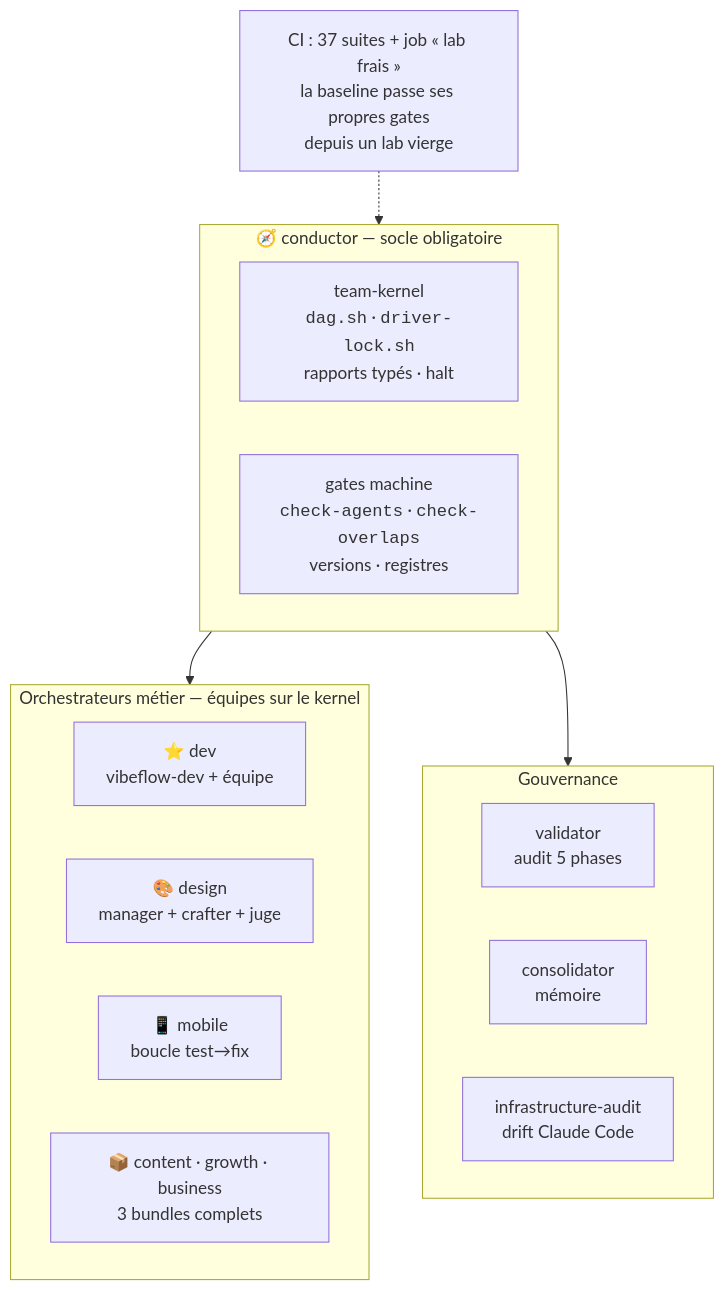
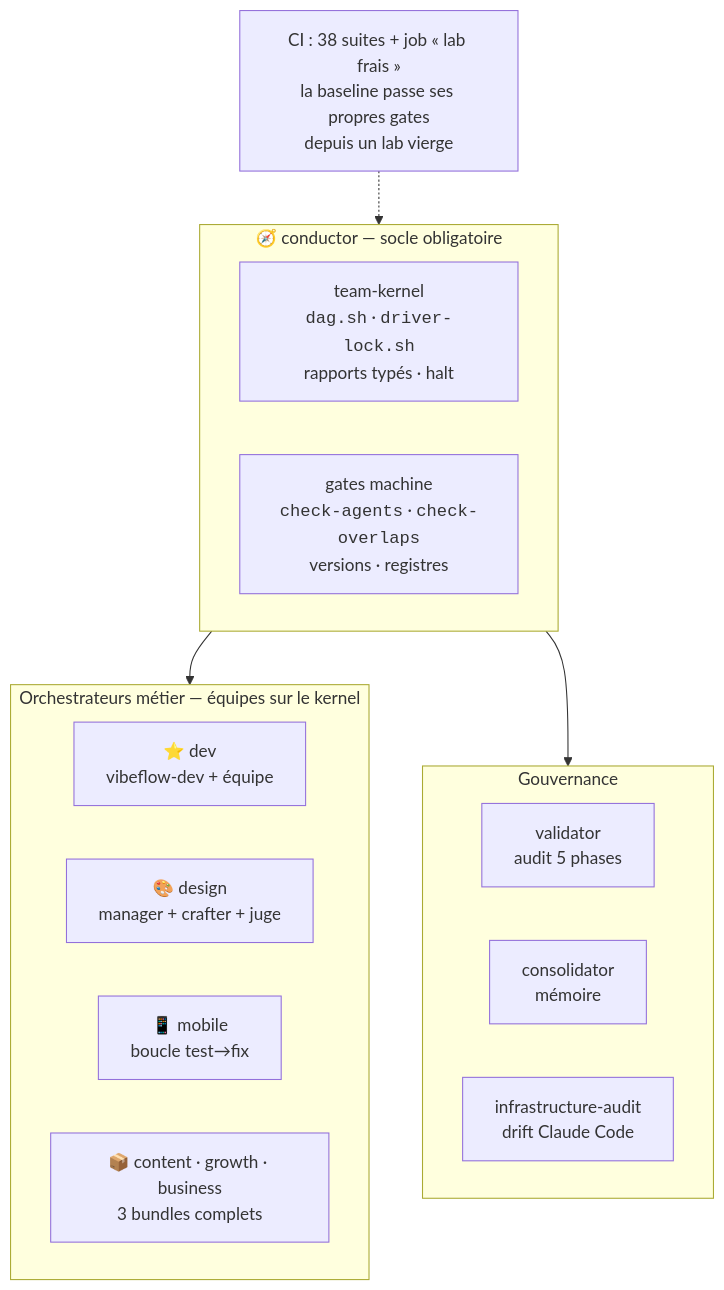
Before and after one commit to picmakpro/vibeflow-os: the third of 3 diagrams in README.fr.md, drawn with Mermaid. The commit also changed other lines of this file and 1 other file, not shown here.

Commit message:
docs(readme): compte de suites CI 37 → 38 (suite BRDG-02)
`test-discover-unintegrated-docs.sh` (commit eea61e4) porte le compte reel a
38 ; les deux README annonçaient encore 37, et `check-version-sync.sh`
signalait la derive — bloquante avant release.

````diff
--- a/README.fr.md
+++ b/README.fr.md
@@ -114,21 +114,21 @@
 ```mermaid
 flowchart TD
     subgraph socle["🧭 conductor — socle obligatoire"]
         K["team-kernel<br/><code>dag.sh</code> · <code>driver-lock.sh</code><br/>rapports typés · halt"]
         G["gates machine<br/><code>check-agents</code> · <code>check-overlaps</code><br/>versions · registres"]
     end
     subgraph orch["Orchestrateurs métier — équipes sur le kernel"]
         DEV["⭐ dev<br/>vibeflow-dev + équipe"]
         DES["🎨 design<br/>manager + crafter + juge"]
         MOB["📱 mobile<br/>boucle test→fix"]
         BIZ["📦 content · growth · business<br/>3 bundles complets"]
     end
     subgraph gouv["Gouvernance"]
         V["validator<br/>audit 5 phases"]
         CO["consolidator<br/>mémoire"]
         IA["infrastructure-audit<br/>drift Claude Code"]
     end
     socle --> orch
     socle --> gouv
-    CI["CI : 37 suites + job « lab frais »<br/>la baseline passe ses propres gates<br/>depuis un lab vierge"] -.-> socle
+    CI["CI : 38 suites + job « lab frais »<br/>la baseline passe ses propres gates<br/>depuis un lab vierge"] -.-> socle
 ```
````
